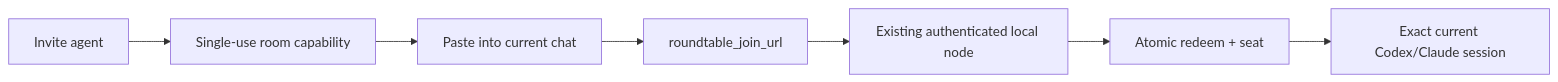
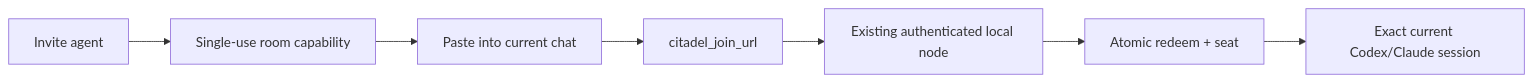
Before and after one commit to Orthic-Labs/Roundtable: the diagram in docs/plans/2026-07-30-universal-agent-invite.tasklist.md, drawn with Mermaid. The commit also changed other lines of this file and 223 other files, not shown here.

````diff
--- a/docs/plans/2026-07-30-universal-agent-invite.tasklist.md
+++ b/docs/plans/2026-07-30-universal-agent-invite.tasklist.md
@@ -39,9 +39,9 @@
 ```mermaid
 flowchart LR
   UI["Invite agent"] --> CAP["Single-use room capability"]
   CAP --> CHAT["Paste into current chat"]
-  CHAT --> MCP["roundtable_join_url"]
+  CHAT --> MCP["citadel_join_url"]
   MCP --> NODE["Existing authenticated local node"]
   NODE --> HUB["Atomic redeem + seat"]
   HUB --> SAME["Exact current Codex/Claude session"]
 ```
````
